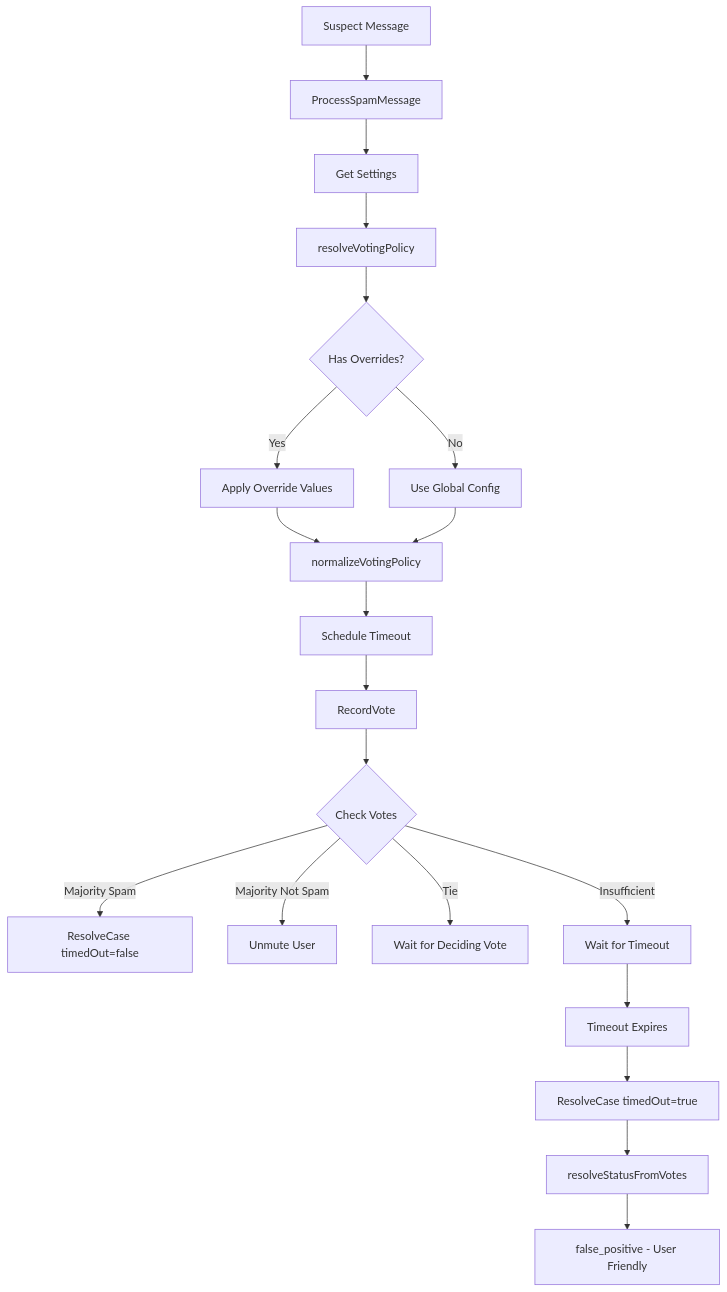
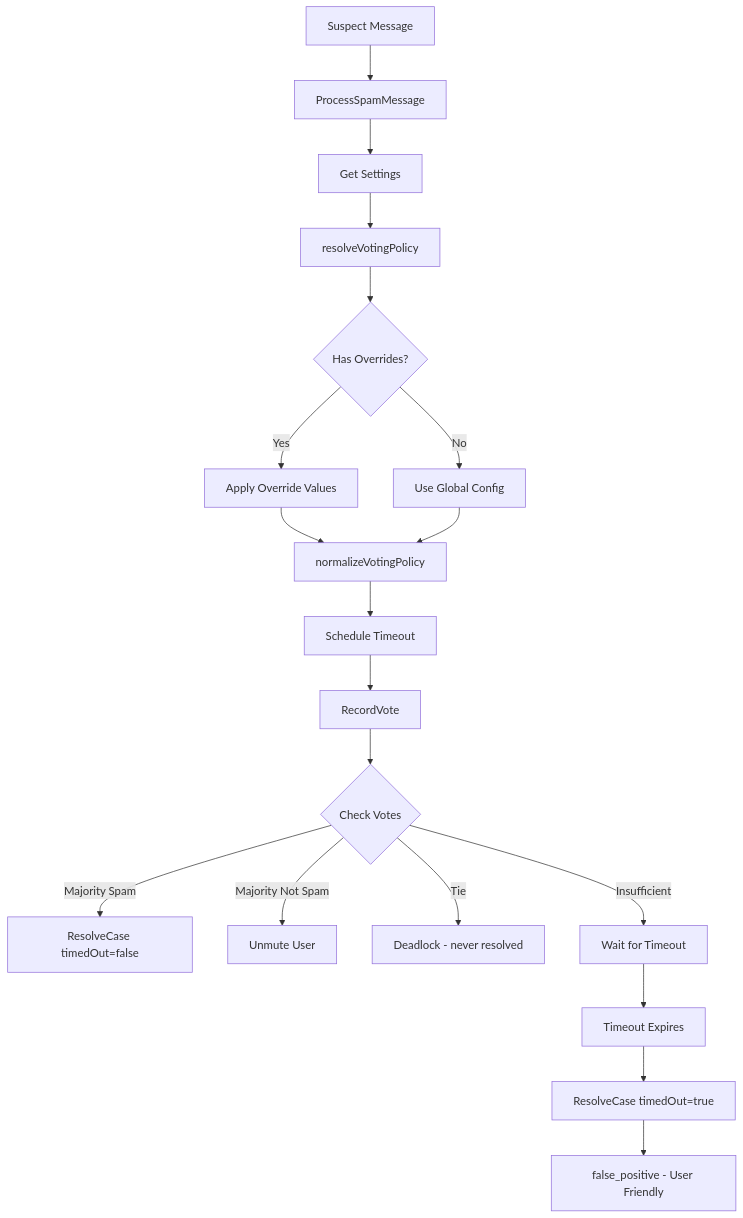
The sixth of 6 diagrams in docs/CODEBASE_MAP.md (iamwavecut/ngbot), drawn with Mermaid before and after one commit. The commit also changed other lines of this file, not shown here.

````diff
--- a/docs/CODEBASE_MAP.md
+++ b/docs/CODEBASE_MAP.md
@@ -570,22 +680,21 @@
 ```mermaid
 flowchart TD
     A[Suspect Message] --> B[ProcessSpamMessage]
     B --> C[Get Settings]
     C --> D[resolveVotingPolicy]
     D --> E{Has Overrides?}
     E -->|Yes| F[Apply Override Values]
     E -->|No| G[Use Global Config]
     F --> H[normalizeVotingPolicy]
     G --> H
     H --> I[Schedule Timeout]
     I --> J[RecordVote]
     J --> K{Check Votes}
     K -->|Majority Spam| L[ResolveCase timedOut=false]
     K -->|Majority Not Spam| M[Unmute User]
-    K -->|Tie| N[Wait for Deciding Vote]
+    K -->|Tie| N[Deadlock - never resolved]
     K -->|Insufficient| O[Wait for Timeout]
     O --> P[Timeout Expires]
     P --> Q[ResolveCase timedOut=true]
-    Q --> R[resolveStatusFromVotes]
-    R --> S[false_positive - User Friendly]
+    Q --> R[false_positive - User Friendly]
 ```
````
